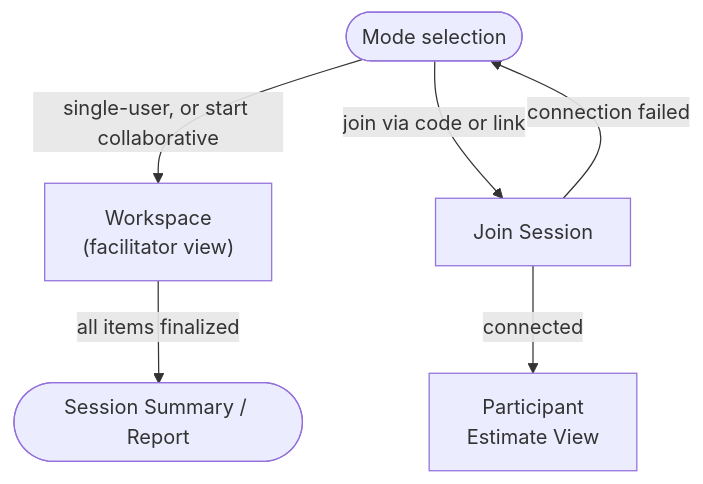
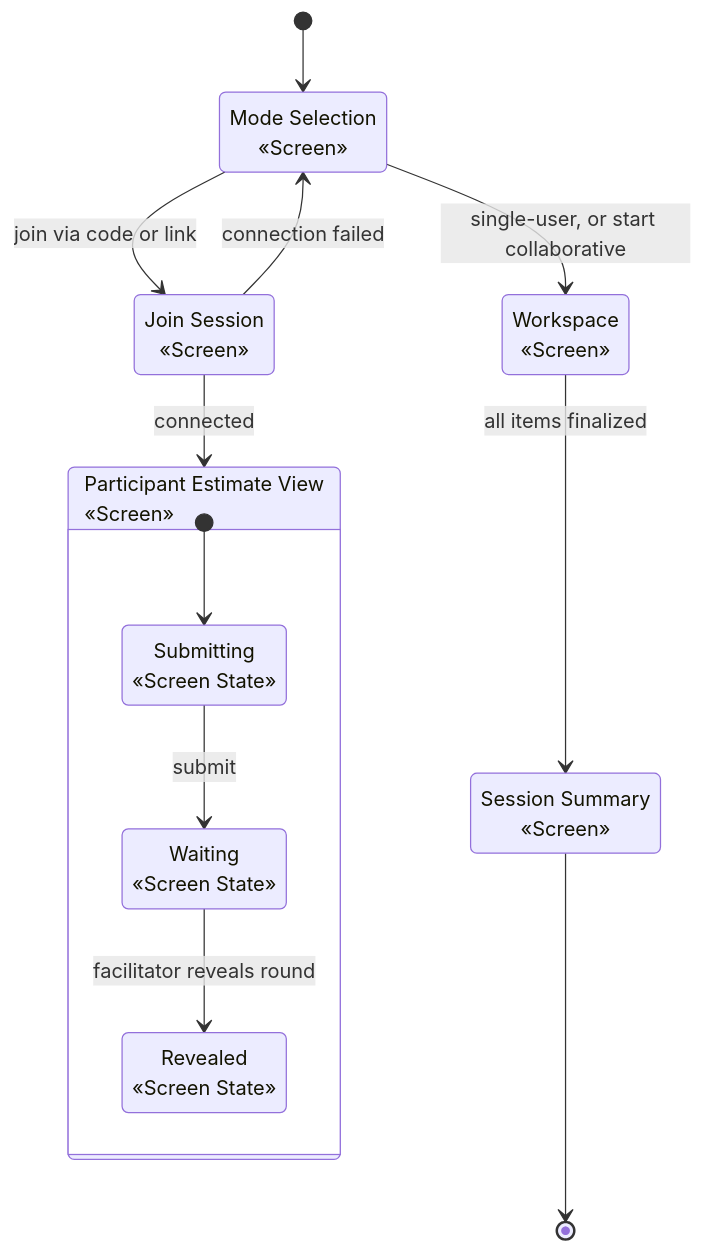
The diagram in docs/domain/concepts/screen-flow.md (cfisch3r/estimate), drawn with Mermaid before and after one commit. The commit also changed other lines of this file and 2 other files, not shown here.

Commit message:
docs: rework screen-flow and estimation-method diagrams/tables, rename PRD goal
Replace screen-flow's navigation flowchart with a UML state diagram (screens as
states, Screen/Screen State stereotypes), split its screens table into badge
columns plus separate layout/action cells, and bold key terms for scannability.
Give the estimation process a flowchart + table, rewrite its information model
as a commented YAML block (correcting UncertaintyLevel's field names to match
source), and bold guard behaviors. Rename PRD §2's "Out-of-band entry" goal to
"Manual entry" to match the term used elsewhere.

````diff
--- a/docs/domain/concepts/screen-flow.md
+++ b/docs/domain/concepts/screen-flow.md
@@ -10,9 +10,29 @@
 ```mermaid
-flowchart TD
-    Mode(["Mode selection"]) -->|single-user, or start collaborative| Workspace["Workspace<br/>(facilitator view)"]
-    Mode -->|join via code or link| Join["Join Session"]
-    Join -->|connected| Participant["Participant<br/>Estimate View"]
-    Join -->|connection failed| Mode
+stateDiagram-v2
+    [*] --> ModeSelection
 
-    Workspace -->|all items finalized| Summary(["Session Summary / Report"])
+    state "Mode Selection<br/>«Screen»" as ModeSelection
+    state "Workspace<br/>«Screen»" as Workspace
+    state "Join Session<br/>«Screen»" as JoinSession
+    state "Participant Estimate View<br/>«Screen»" as ParticipantEstimateView
+    state "Session Summary<br/>«Screen»" as SessionSummary
+
+    ModeSelection --> Workspace : single-user, or start collaborative
+    ModeSelection --> JoinSession : join via code or link
+
+    JoinSession --> ParticipantEstimateView : connected
+    JoinSession --> ModeSelection : connection failed
+
+    state ParticipantEstimateView {
+        state "Submitting<br/>«Screen State»" as Submitting
+        state "Waiting<br/>«Screen State»" as Waiting
+        state "Revealed<br/>«Screen State»" as Revealed
+
+        [*] --> Submitting
+        Submitting --> Waiting : submit
+        Waiting --> Revealed : facilitator reveals round
+    }
+
+    Workspace --> SessionSummary : all items finalized
+    SessionSummary --> [*]
 ```
````
